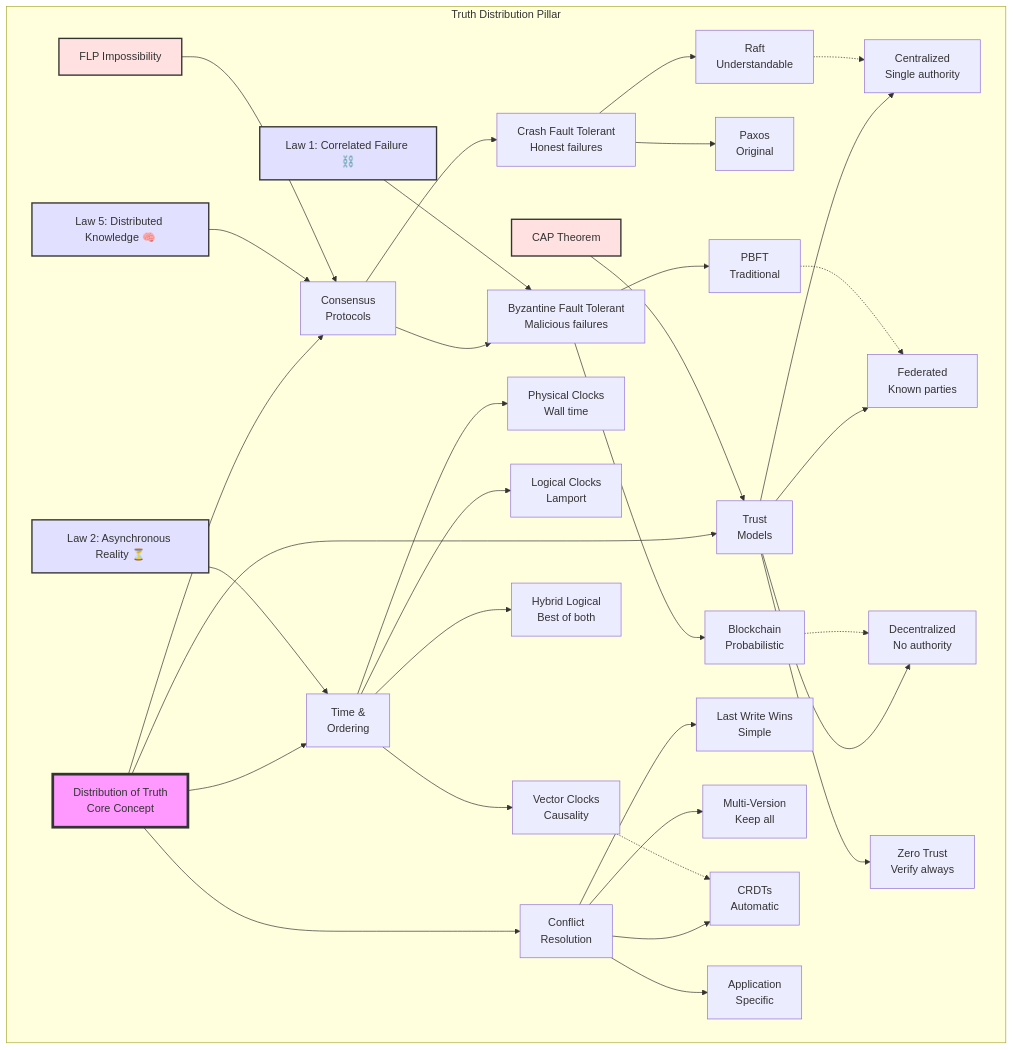
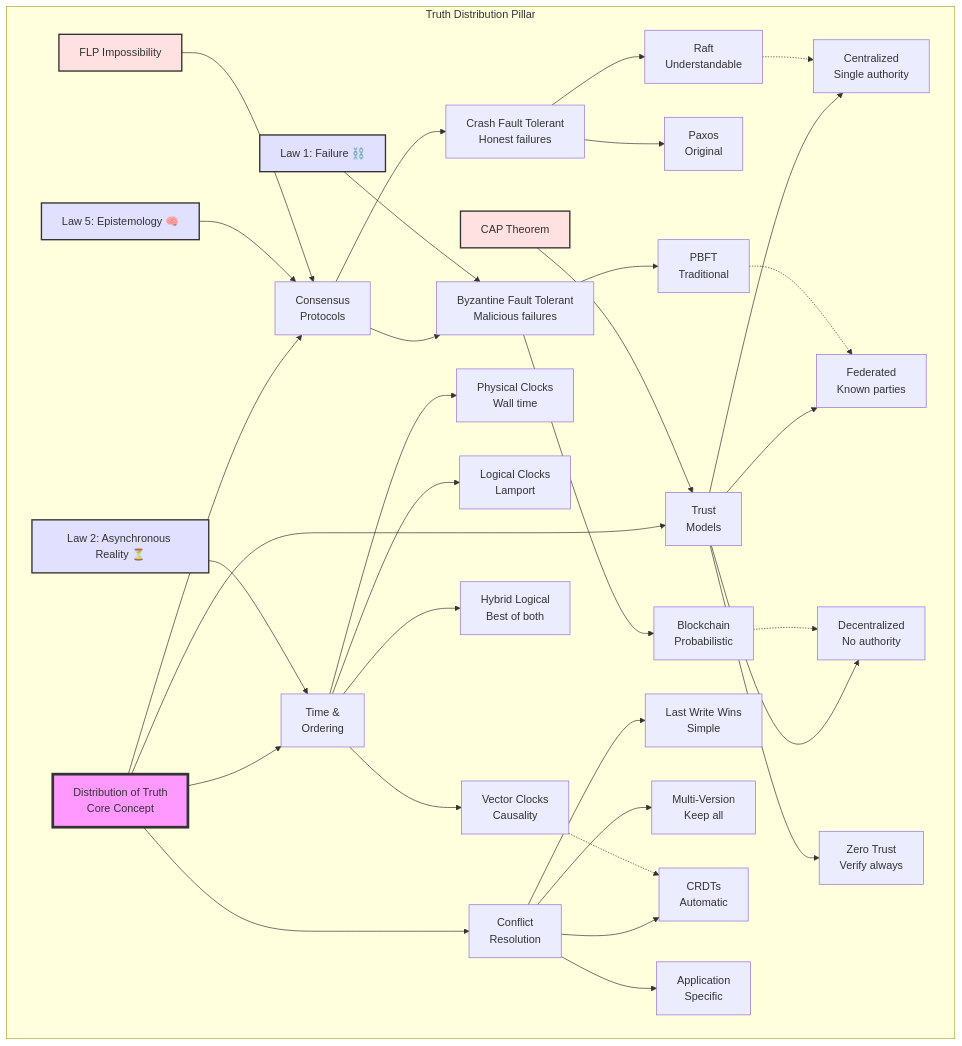
Before and after one commit to deepaucksharma/DStudio: the sixth of 39 diagrams in docs/part2-pillars/truth/index.md, drawn with Mermaid. The commit also changed other lines of this file and 470 other files, not shown here.

````diff
--- a/docs/part2-pillars/truth/index.md
+++ b/docs/part2-pillars/truth/index.md
@@ -199,57 +199,57 @@
 ```mermaid
 graph TB
     subgraph "Truth Distribution Pillar"
         Core[Distribution of Truth<br/>Core Concept]
 
         Core --> Consensus[Consensus<br/>Protocols]
         Core --> Time[Time &<br/>Ordering]
         Core --> Conflict[Conflict<br/>Resolution]
         Core --> Trust[Trust<br/>Models]
 
         %% Consensus branch
         Consensus --> CFT[Crash Fault Tolerant<br/>Honest failures]
         Consensus --> BFT[Byzantine Fault Tolerant<br/>Malicious failures]
         CFT --> Paxos[Paxos<br/>Original]
         CFT --> Raft[Raft<br/>Understandable]
         BFT --> PBFT[PBFT<br/>Traditional]
         BFT --> Blockchain[Blockchain<br/>Probabilistic]
 
         %% Time branch
         Time --> Physical[Physical Clocks<br/>Wall time]
         Time --> Logical[Logical Clocks<br/>Lamport]
         Time --> Vector[Vector Clocks<br/>Causality]
         Time --> Hybrid[Hybrid Logical<br/>Best of both]
 
         %% Conflict branch
         Conflict --> LWW[Last Write Wins<br/>Simple]
         Conflict --> MVCC[Multi-Version<br/>Keep all]
         Conflict --> CRDTs[CRDTs<br/>Automatic]
         Conflict --> Custom[Application<br/>Specific]
 
         %% Trust branch
         Trust --> Central[Centralized<br/>Single authority]
         Trust --> Federation[Federated<br/>Known parties]
         Trust --> Decentralized[Decentralized<br/>No authority]
         Trust --> Zero[Zero Trust<br/>Verify always]
 
         %% Key relationships
         Raft -.-> Central
         Blockchain -.-> Decentralized
         Vector -.-> CRDTs
         PBFT -.-> Federation
 
         %% Law connections
-        Law1[Law 1: Correlated Failure ⛓️] --> BFT
+        Law1[Law 1: Failure ⛓️] --> BFT
         Law2[Law 2: Asynchronous Reality ⏳] --> Time
-        Law5[Law 5: Distributed Knowledge 🧠] --> Consensus
+        Law5[Law 5: Epistemology 🧠] --> Consensus
         FLP[FLP Impossibility] --> Consensus
         CAP[CAP Theorem] --> Trust
     end
 
     style Core fill:#f9f,stroke:#333,stroke-width:4px
     style Law1 fill:#e1e1ff,stroke:#333,stroke-width:2px
     style Law2 fill:#e1e1ff,stroke:#333,stroke-width:2px
     style Law5 fill:#e1e1ff,stroke:#333,stroke-width:2px
     style FLP fill:#ffe1e1,stroke:#333,stroke-width:2px
     style CAP fill:#ffe1e1,stroke:#333,stroke-width:2px
 ```
````
